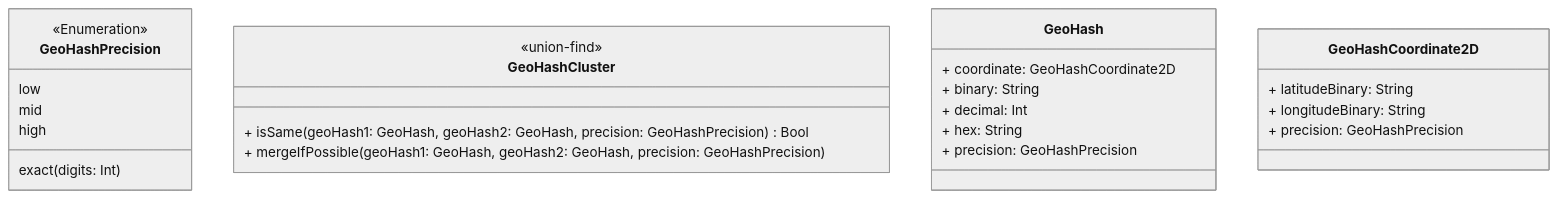
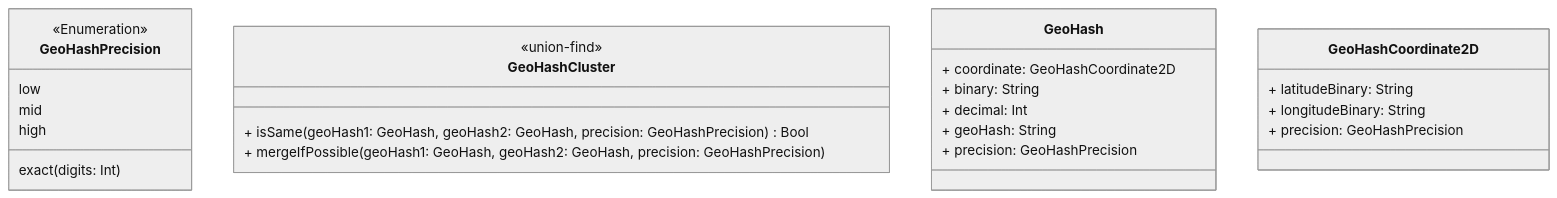
Before and after one commit to fummicc1/GeoHashSwift: the diagram in README.md, drawn with Mermaid (neutral theme). The commit also changed other lines of this file and 5 other files, not shown here.

Commit message:
Add GeoHashPrecision. Fix misunderstandings.

````diff
--- a/README.md
+++ b/README.md
@@ -31,30 +31,30 @@
 ```mermaid
 classDiagram
 
     class GeoHashPrecision {
         <<Enumeration>>
         low
         mid
         high
         exact(digits: Int)
     }
 
     class GeoHashCluster {
         <<union-find>>
         + isSame(geoHash1: GeoHash, geoHash2: GeoHash, precision: GeoHashPrecision) Bool
         + mergeIfPossible(geoHash1: GeoHash, geoHash2: GeoHash, precision: GeoHashPrecision)
     }
 
     class GeoHash {
         + coordinate: GeoHashCoordinate2D
         + binary: String
         + decimal: Int
-        + hex: String
+        + geoHash: String
         + precision: GeoHashPrecision
     }
     class GeoHashCoordinate2D {
         + latitudeBinary: String
         + longitudeBinary: String
         + precision: GeoHashPrecision
     }
 ```
````
